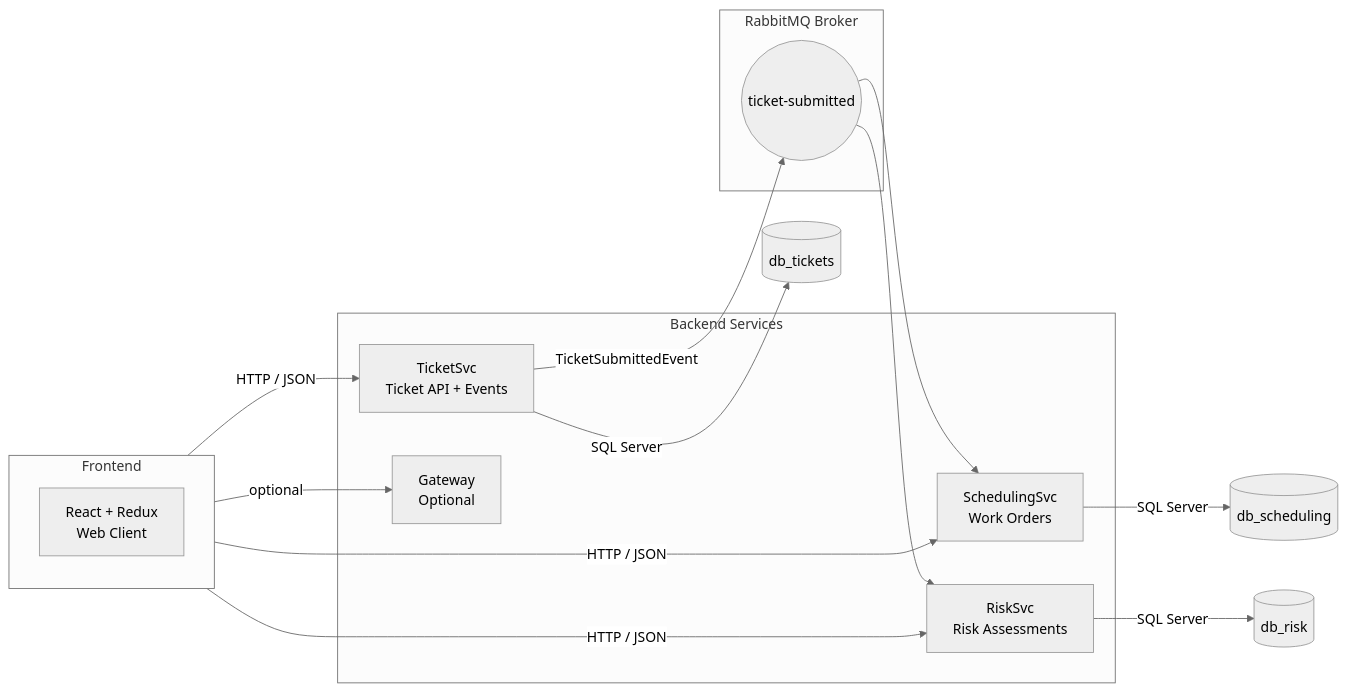
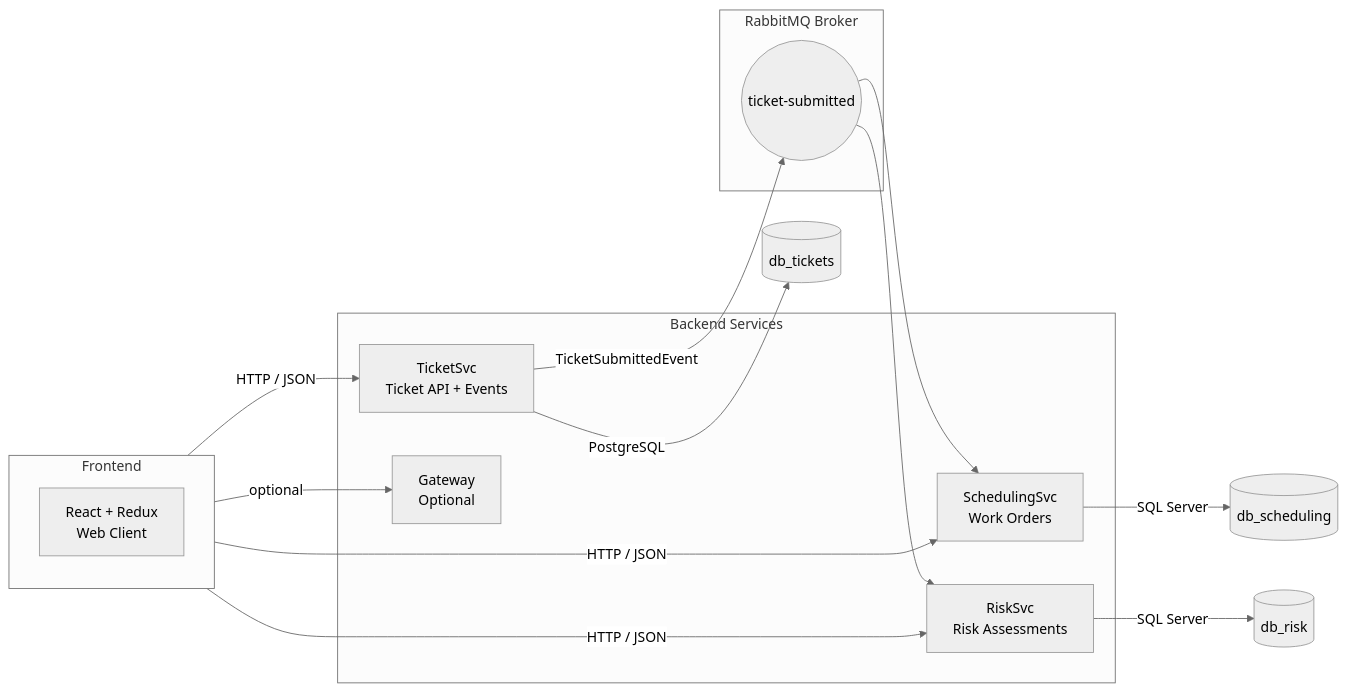
One commit to Sbadhon/Damage-Prevention changed the diagram in README.md. Above: the diagram before and after it, drawn with Mermaid (neutral theme). The commit also changed other lines of this file and 61 other files, not shown here.

````diff
--- a/README.md
+++ b/README.md
@@ -23,30 +22,30 @@
 ```mermaid
 flowchart LR
     subgraph FE[Frontend]
         W[React + Redux<br/>Web Client]
     end
 
     subgraph API[Backend Services]
         T[TicketSvc<br/>Ticket API + Events]
         S[SchedulingSvc<br/>Work Orders]
         R[RiskSvc<br/>Risk Assessments]
         G[Gateway<br/>Optional]
     end
 
     subgraph MQ[RabbitMQ Broker]
         Q1((ticket-submitted))
     end
 
     FE -->|HTTP / JSON| T
     FE -->|HTTP / JSON| S
     FE -->|HTTP / JSON| R
     FE -->|optional| G
 
     T -- TicketSubmittedEvent --> Q1
     Q1 --> S
     Q1 --> R
 
     S -->|SQL Server| DB1[(db_scheduling)]
-    T -->|SQL Server| DB2[(db_tickets)]
+    T -->|PostgreSQL| DB2[(db_tickets)]
     R -->|SQL Server| DB3[(db_risk)]
 ```
````
